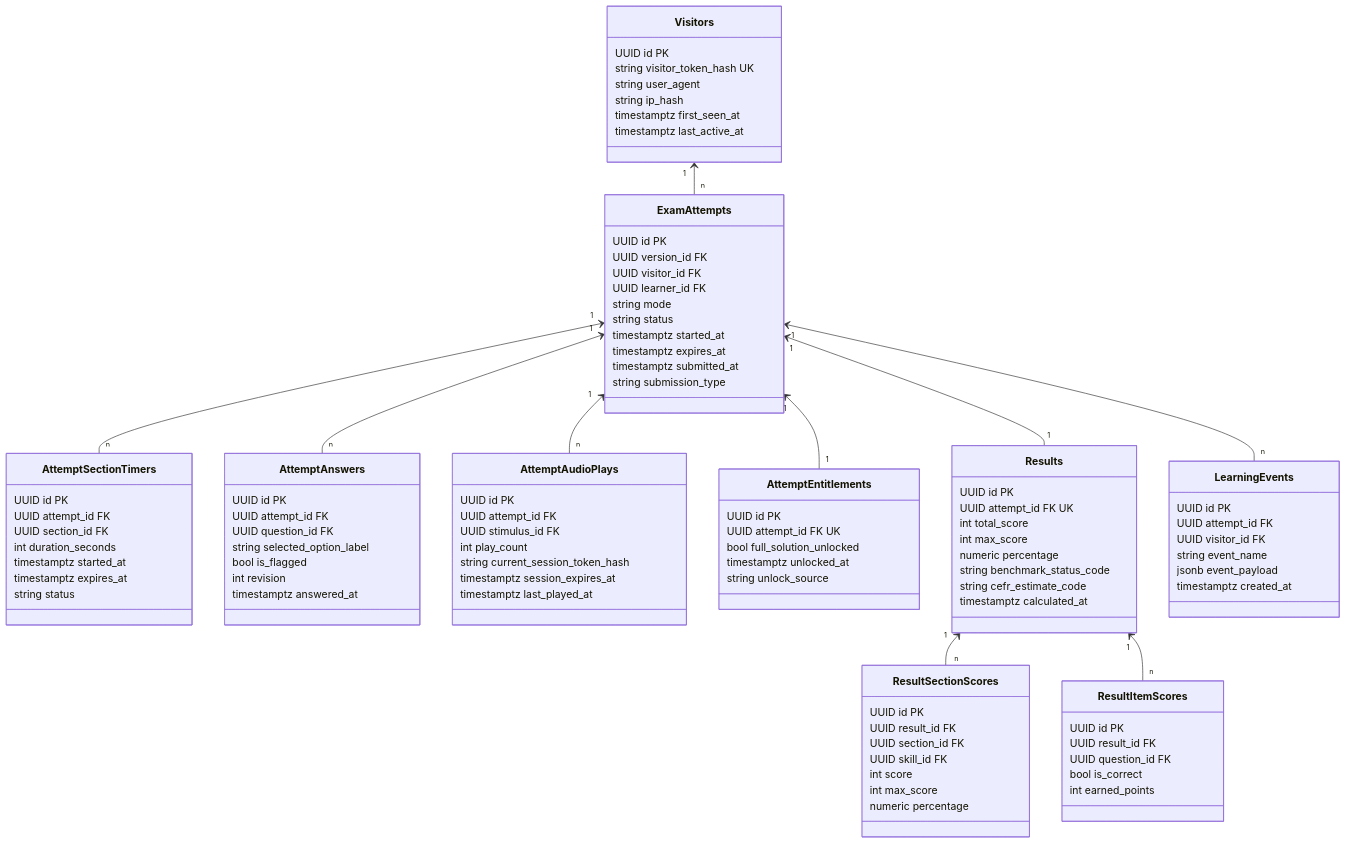
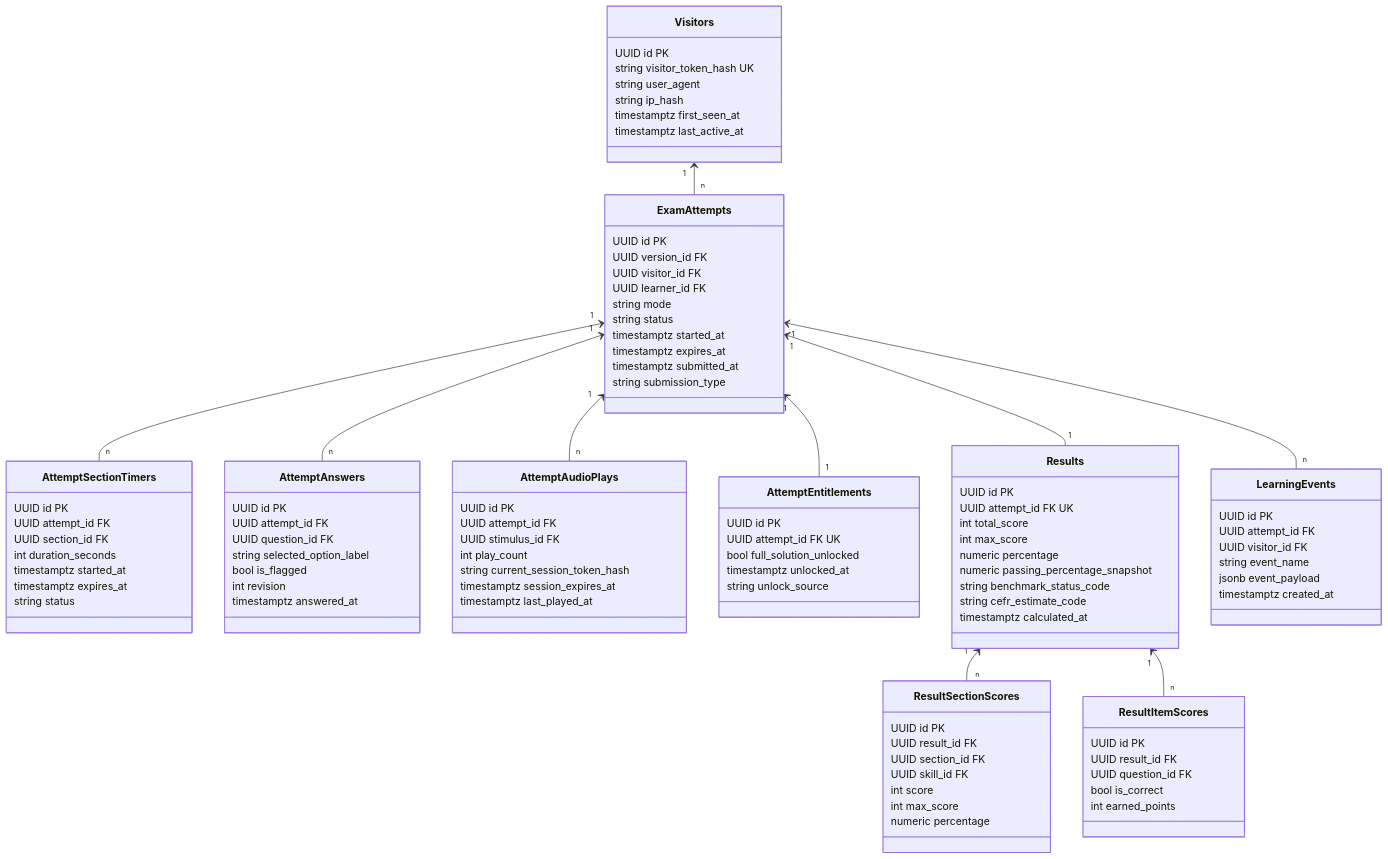
Before and after one commit to hoangthanhpro97/shd-tuhoctiengduc: the second of 6 diagrams in docs/architecture/02-data-model.md, drawn with Mermaid. The commit also changed other lines of this file, not shown here.

Commit message:
docs(architecture): upgrade data model to v1.3 with zero-direct-write and security definer gateways

```diff
--- a/docs/architecture/02-data-model.md
+++ b/docs/architecture/02-data-model.md
@@ -230,6 +231,7 @@
         int total_score
         int max_score
         numeric percentage
+        numeric passing_percentage_snapshot
         string benchmark_status_code
         string cefr_estimate_code
         timestamptz calculated_at
```
